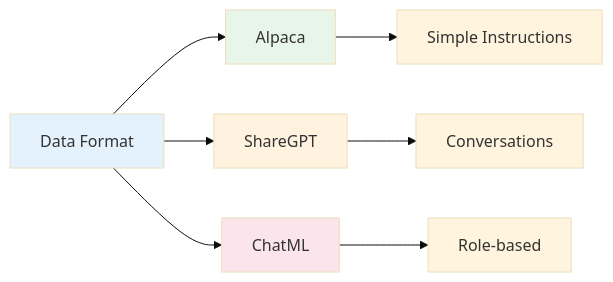
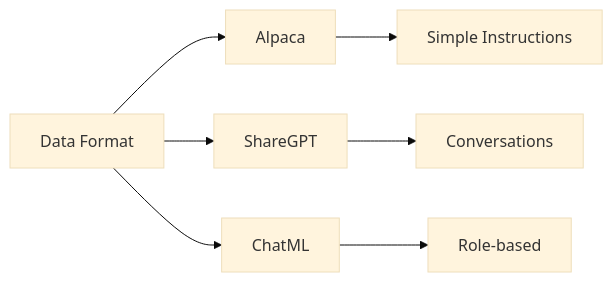
The first of 3 diagrams in content/Concepts/dataset-creation-llm.md (xdflatline/quartz), drawn with Mermaid (base theme) before and after one commit. The commit also changed other lines of this file and 6 other files, not shown here.

````diff
--- a/content/Concepts/dataset-creation-llm.md
+++ b/content/Concepts/dataset-creation-llm.md
@@ -65,15 +65,11 @@
 ```mermaid
 graph LR
     A[Data Format] --> B[Alpaca]
     A --> C[ShareGPT]
     A --> D[ChatML]
     
     B --> E[Simple Instructions]
     C --> F[Conversations]
     D --> G[Role-based]
     
-    style A fill:#e3f2fd
-    style B fill:#e8f5e9
-    style C fill:#fff3e0
-    style D fill:#fce4ec
 ```
````
